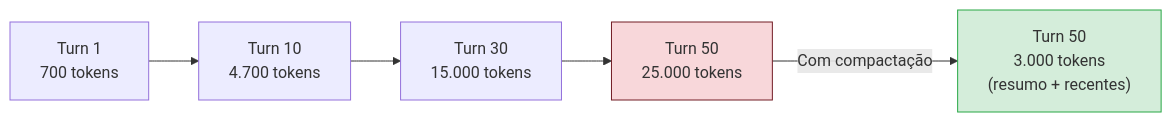
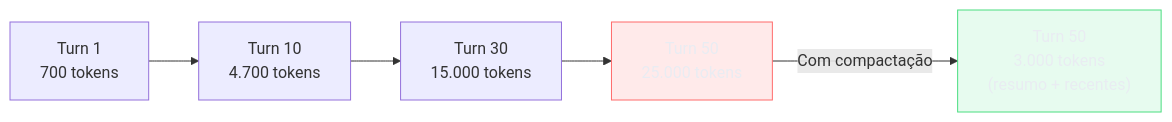
Before and after one commit to josenaldo/codex-technomanticus: the diagram in 03-Dominios/Tecnologia/IA/Economia de Tokens/08 - Compactação de histórico em agentes.md, drawn with Mermaid. The commit also changed 1181 other files, not shown here.

First line of the commit message:
fix(diagramas): paleta do sistema no lugar de cor cravada no markdown

````diff
--- a/03-Dominios/Tecnologia/IA/Economia de Tokens/08 - Compactação de histórico em agentes.md
+++ b/03-Dominios/Tecnologia/IA/Economia de Tokens/08 - Compactação de histórico em agentes.md
@@ -42,11 +42,13 @@
 ```mermaid
 flowchart LR
+    classDef falha fill:#FF6B6B24,stroke:#FF6B6B,color:#E9ECF2
+    classDef ok fill:#4ADE8021,stroke:#4ADE80,color:#E9ECF2
     A["Turn 1\n700 tokens"] --> B["Turn 10\n4.700 tokens"]
     B --> C["Turn 30\n15.000 tokens"]
     C --> D["Turn 50\n25.000 tokens"]
     
     D -->|"Com compactação"| E["Turn 50\n3.000 tokens\n(resumo + recentes)"]
     
-    style D fill:#f8d7da,stroke:#721c24
-    style E fill:#d4edda,stroke:#28a745
+    class D falha
+    class E ok
 ```
````
